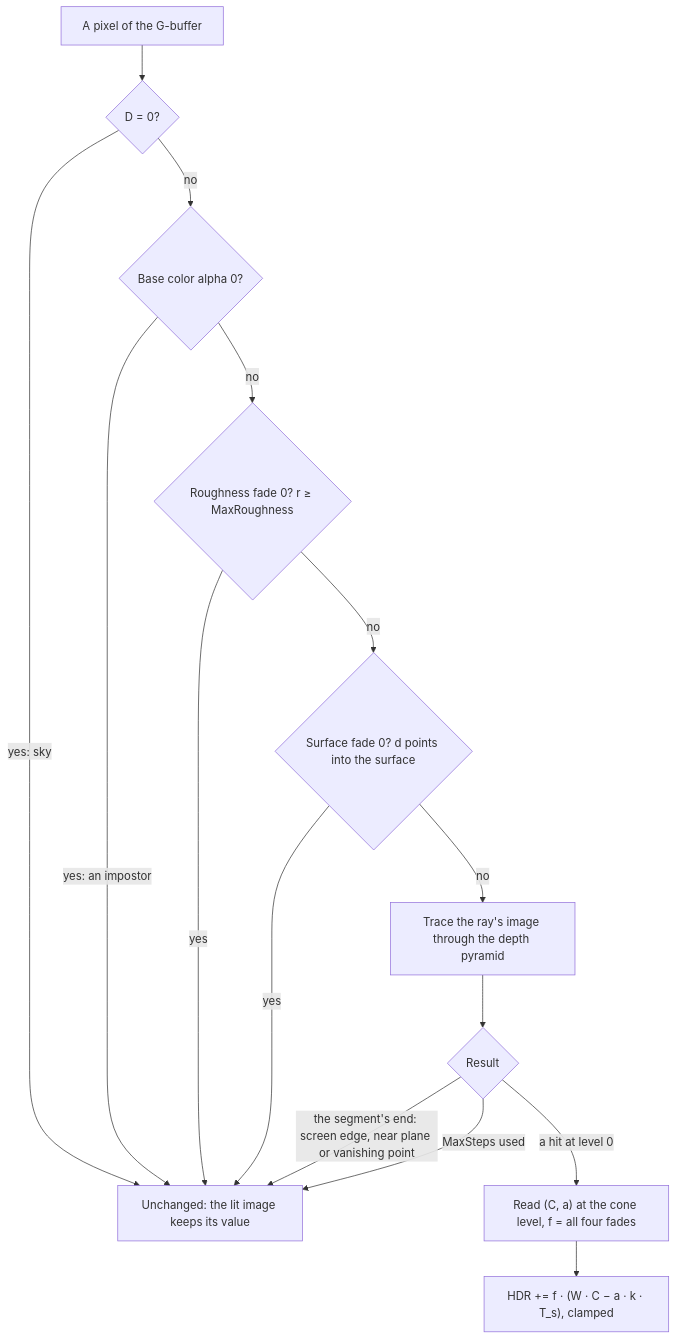
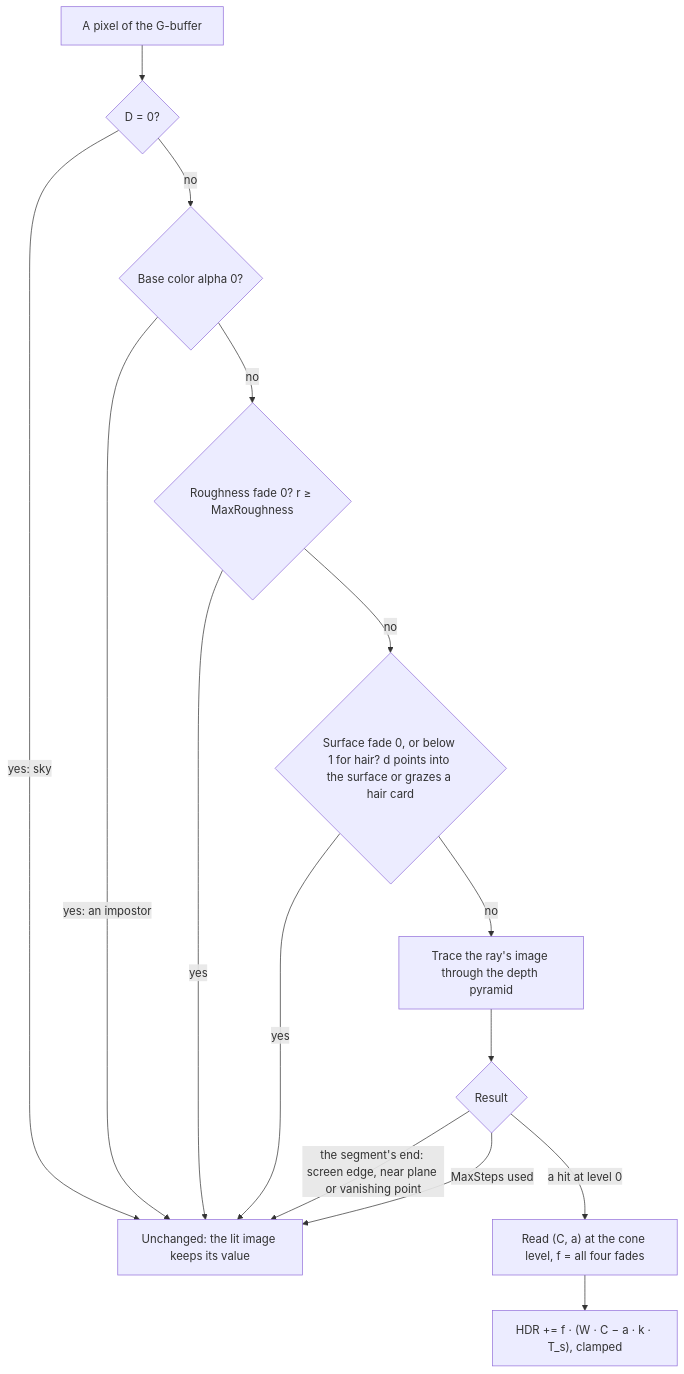
The third of 3 diagrams in docs/plans/screen-space-reflections.md (alexispurslane/tertius), drawn with Mermaid before and after one commit. The commit also changed other lines of this file and 9 other files, not shown here.

````diff
--- a/docs/plans/screen-space-reflections.md
+++ b/docs/plans/screen-space-reflections.md
@@ -687,17 +689,17 @@
 ```mermaid
 flowchart TD
     P["A pixel of the G-buffer"] --> S{"D = 0?"}
     S -- "yes: sky" --> U["Unchanged: the lit image keeps its value"]
     S -- no --> I{"Base color alpha 0?"}
     I -- "yes: an impostor" --> U
     I -- no --> R{"Roughness fade 0? r ≥ MaxRoughness"}
     R -- yes --> U
-    R -- no --> F{"Surface fade 0? d points into the surface"}
+    R -- no --> F{"Surface fade 0, or below 1 for hair? d points into the surface or grazes a hair card"}
     F -- yes --> U
     F -- no --> T["Trace the ray's image through the depth pyramid"]
     T --> E{"Result"}
     E -- "the segment's end: screen edge, near plane or vanishing point" --> U
     E -- "MaxSteps used" --> U
     E -- "a hit at level 0" --> C["Read (C, a) at the cone level, f = all four fades"]
     C --> D["HDR += f · (W · C − a · k · T_s), clamped"]
 ```
````
